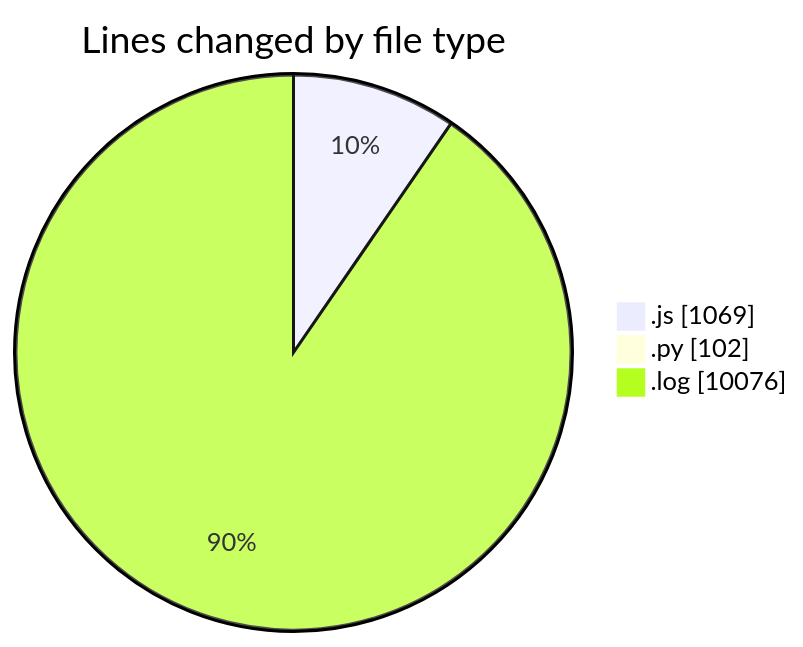
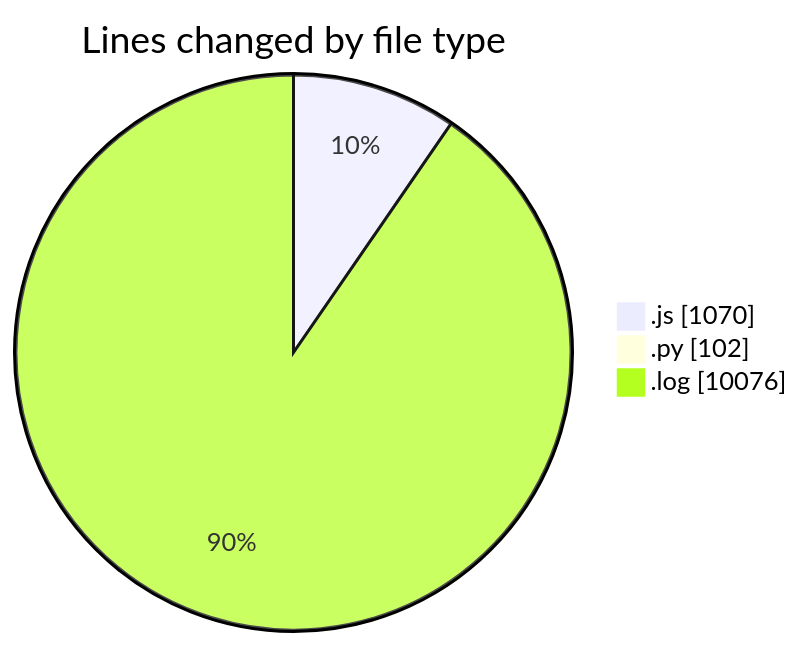
Before and after one commit to nxtqubesakshisongat/code-tracking: the first of 2 diagrams in 2025-04-14/nxtqube_webapp/README.md, drawn with Mermaid. The commit also changed other lines of this file and 1 other file, not shown here.

````diff
--- a/2025-04-14/nxtqube_webapp/README.md
+++ b/2025-04-14/nxtqube_webapp/README.md
@@ -25,7 +25,7 @@
 ```mermaid
 pie showData
 title Lines changed by file type
-".js" : 1069
+".js" : 1070
 ".py" : 102
 ".log" : 10076
 ```
````
